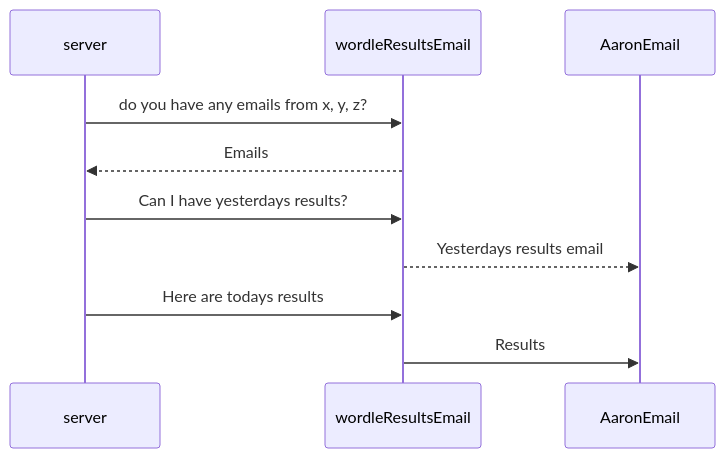
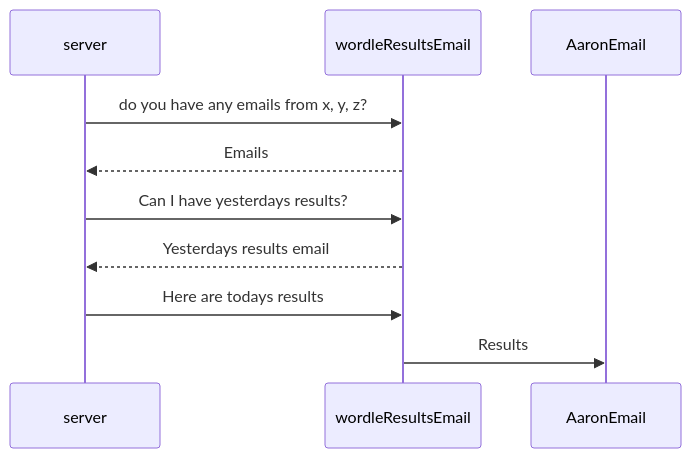
The diagram in README.md (siananigans/wordle-leaderboard), drawn with Mermaid before and after one commit.

````diff
--- a/README.md
+++ b/README.md
@@ -4,12 +4,12 @@
 ```mermaid
 sequenceDiagram
   participant server
   participant wordleResultsEmail
   participant AaronEmail
   server->>wordleResultsEmail: do you have any emails from x, y, z?
   wordleResultsEmail-->>server: Emails
   server->>wordleResultsEmail: Can I have yesterdays results?
-  wordleResultsEmail-->>AaronEmail: Yesterdays results email
+  wordleResultsEmail-->>server: Yesterdays results email
   server->>wordleResultsEmail: Here are todays results
   wordleResultsEmail->>AaronEmail: Results
 ```
````
